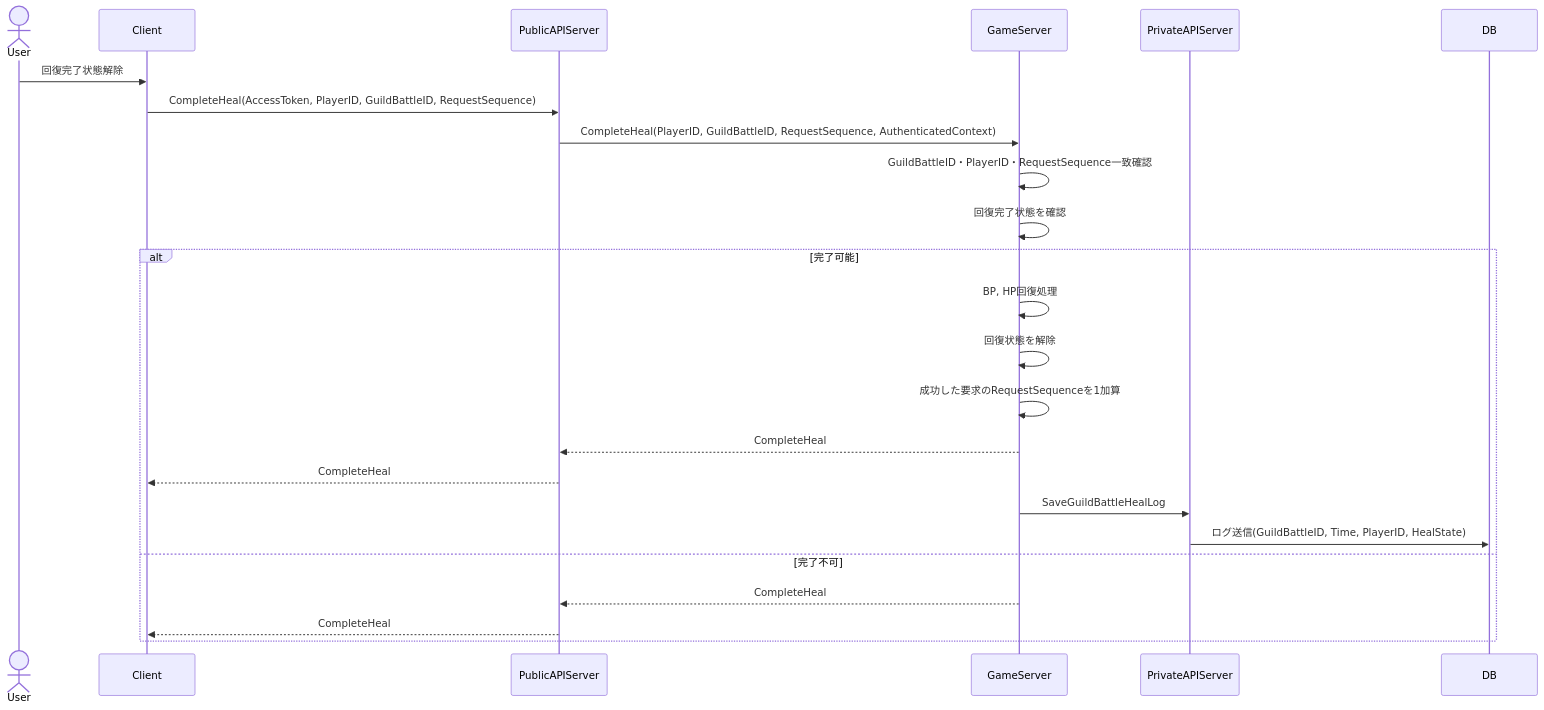
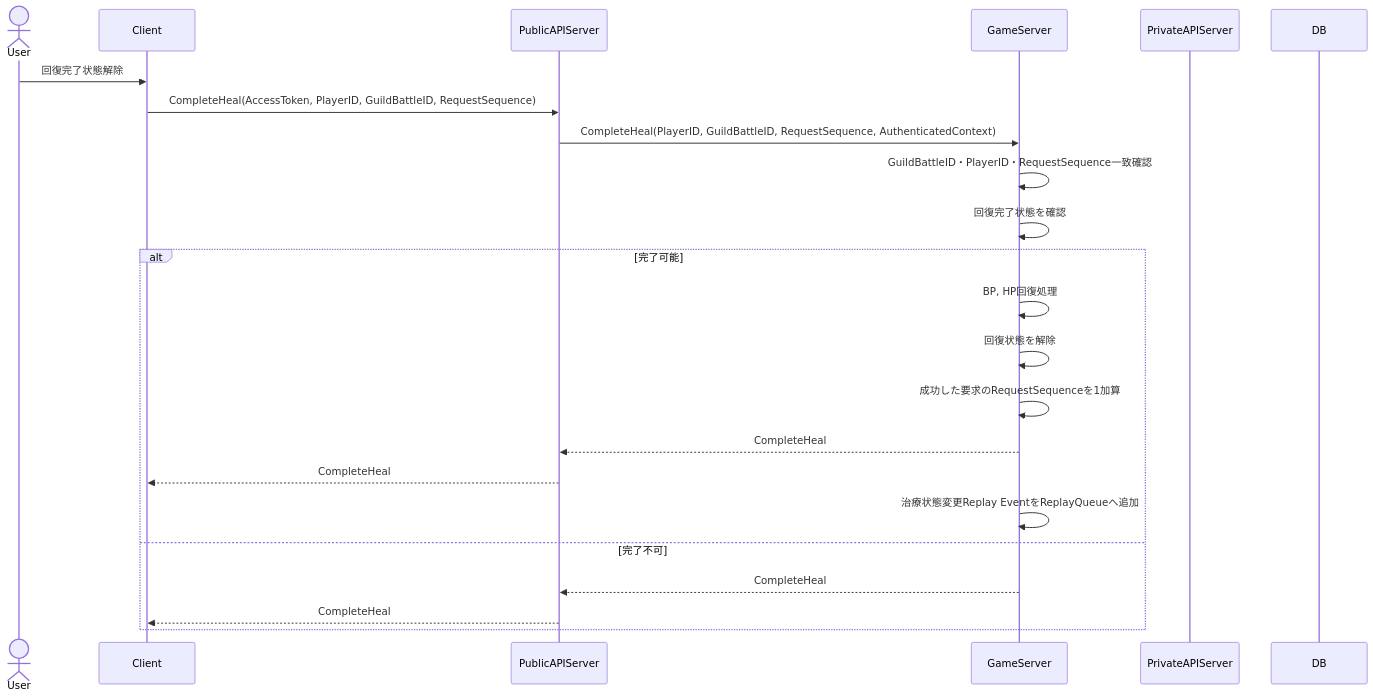
Before and after one commit to ReHydrangeaOdyssey/Specifications: diagram 12 of 16 in design/guild_battle.md, drawn with Mermaid. The commit also changed other lines of this file and 5 other files, not shown here.

````diff
--- a/design/guild_battle.md
+++ b/design/guild_battle.md
@@ -512,30 +512,29 @@
 ```mermaid
 sequenceDiagram
     actor User
     participant Client
     participant PublicAPIServer
     participant GameServer
     participant PrivateAPIServer
     participant DB
 
     User->>Client: 回復完了状態解除
     Client->>PublicAPIServer: CompleteHeal(AccessToken, PlayerID, GuildBattleID, RequestSequence)
     PublicAPIServer->>GameServer: CompleteHeal(PlayerID, GuildBattleID, RequestSequence, AuthenticatedContext)
 
     GameServer->>GameServer: GuildBattleID・PlayerID・RequestSequence一致確認
     GameServer->>GameServer: 回復完了状態を確認
 
     alt 完了可能
         GameServer->>GameServer: BP, HP回復処理
         GameServer->>GameServer: 回復状態を解除
         GameServer->>GameServer: 成功した要求のRequestSequenceを1加算
         GameServer-->>PublicAPIServer: CompleteHeal 
         PublicAPIServer-->>Client: CompleteHeal
 
-        GameServer ->> PrivateAPIServer: SaveGuildBattleHealLog
-        PrivateAPIServer ->> DB: ログ送信(GuildBattleID, Time, PlayerID, HealState)
+        GameServer ->> GameServer: 治療状態変更Replay EventをReplayQueueへ追加
     else 完了不可
         GameServer-->>PublicAPIServer: CompleteHeal
         PublicAPIServer-->>Client: CompleteHeal
     end
 ```
````
